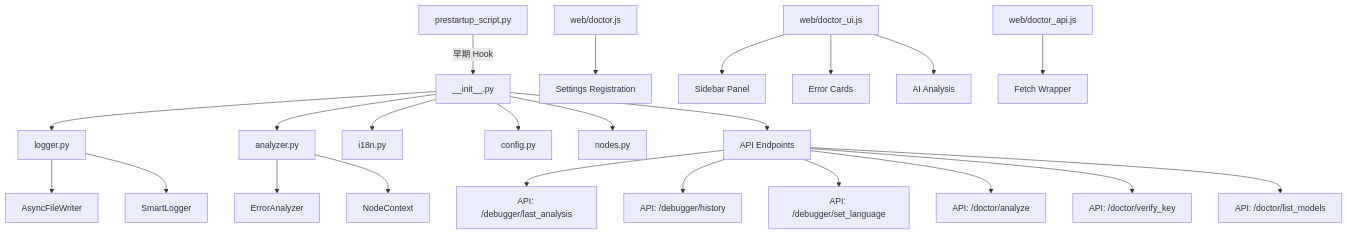
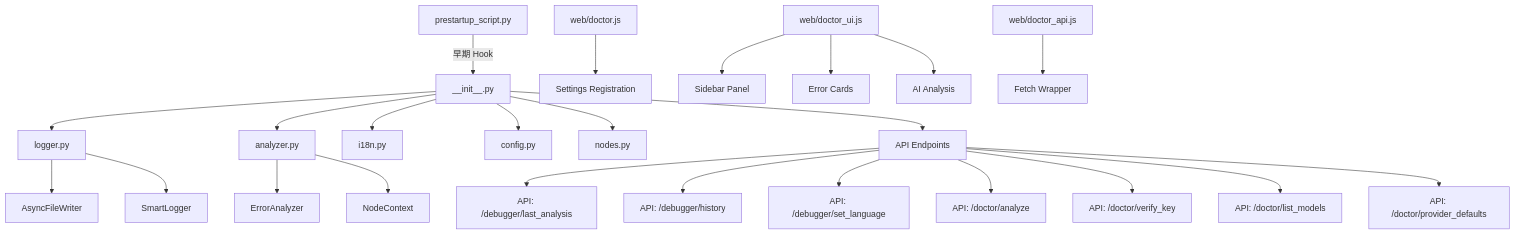
The second of 2 diagrams in ROADMAP.md (rookiestar28/ComfyUI-Doctor), drawn with Mermaid before and after one commit. The commit also changed other lines of this file, not shown here.

Commit message:
docs: reorganize and update ROADMAP with completed Phase 3D items

````diff
--- a/ROADMAP.md
+++ b/ROADMAP.md
@@ -374,29 +323,30 @@
 ```mermaid
 graph TD
     A[prestartup_script.py] -->|早期 Hook| B[__init__.py]
     B --> C[logger.py]
     B --> D[analyzer.py]
     B --> E[i18n.py]
     B --> F[config.py]
     B --> G[nodes.py]
 
     C --> H[AsyncFileWriter]
     C --> I[SmartLogger]
 
     D --> J[ErrorAnalyzer]
     D --> K[NodeContext]
 
     B --> L[API Endpoints]
     L --> M["API: /debugger/last_analysis"]
     L --> N["API: /debugger/history"]
     L --> O["API: /debugger/set_language"]
     L --> P["API: /doctor/analyze"]
     L --> Q["API: /doctor/verify_key"]
     L --> R["API: /doctor/list_models"]
+    L --> S["API: /doctor/provider_defaults"]
 
-    S[web/doctor.js] --> T[Settings Registration]
-    U[web/doctor_ui.js] --> V[Sidebar Panel]
-    U --> W[Error Cards]
-    U --> X[AI Analysis]
-    Y[web/doctor_api.js] --> Z[Fetch Wrapper]
+    T[web/doctor.js] --> U[Settings Registration]
+    V[web/doctor_ui.js] --> W[Sidebar Panel]
+    V --> X[Error Cards]
+    V --> Y[AI Analysis]
+    Z[web/doctor_api.js] --> AA[Fetch Wrapper]
 ```
````
